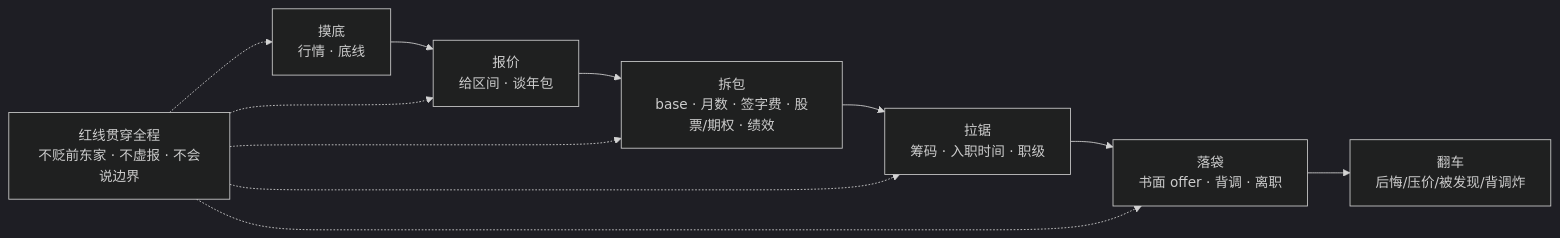
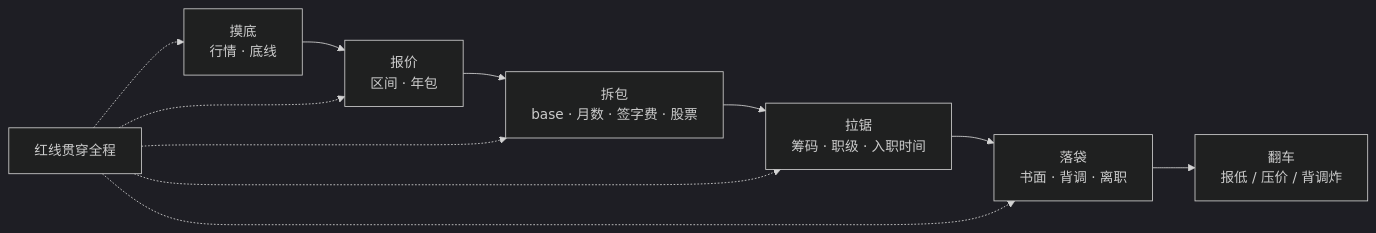
The first of 2 diagrams in 10-面试综合与系统设计/05-谈薪与红线/知识点.md (ml-cuizijun/LearnToLilith), drawn with Mermaid (dark theme) before and after one commit. The commit also changed other lines of this file and 178 other files, not shown here.

````diff
--- a/10-面试综合与系统设计/05-谈薪与红线/知识点.md
+++ b/10-面试综合与系统设计/05-谈薪与红线/知识点.md
@@ -19,14 +14,13 @@
 ```mermaid
 flowchart LR
-    A["摸底<br/>行情 · 底线"] --> B["报价<br/>给区间 · 谈年包"]
-    B --> C["拆包<br/>base · 月数 · 签字费 · 股票/期权 · 绩效"]
-    C --> D["拉锯<br/>筹码 · 入职时间 · 职级"]
-    D --> E["落袋<br/>书面 offer · 背调 · 离职"]
-    RED["红线贯穿全程<br/>不贬前东家 · 不虚报 · 不会说边界"]
-    RED -.-> A
+    A["摸底<br/>行情 · 底线"] --> B["报价<br/>区间 · 年包"]
+    B --> C["拆包<br/>base · 月数 · 签字费 · 股票"]
+    C --> D["拉锯<br/>筹码 · 职级 · 入职时间"]
+    D --> E["落袋<br/>书面 · 背调 · 离职"]
+    RED["红线贯穿全程"] -.-> A
     RED -.-> B
     RED -.-> C
     RED -.-> D
     RED -.-> E
-    E --> F["翻车<br/>后悔/压价/被发现/背调炸"]
+    E --> F["翻车<br/>报低 / 压价 / 背调炸"]
 ```
````
